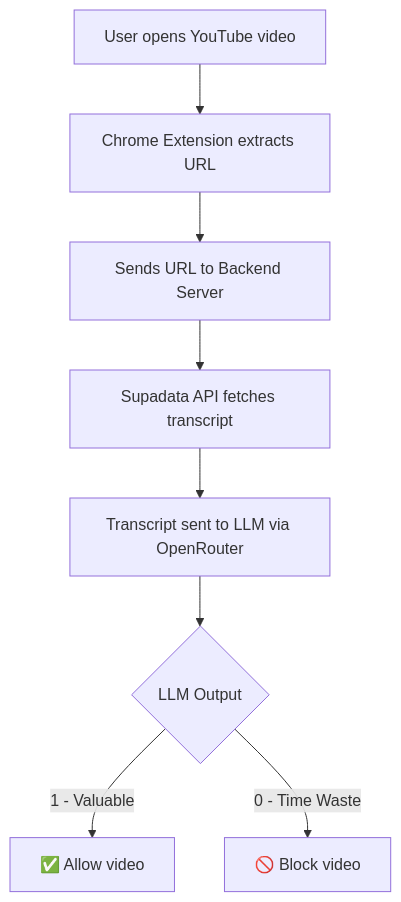
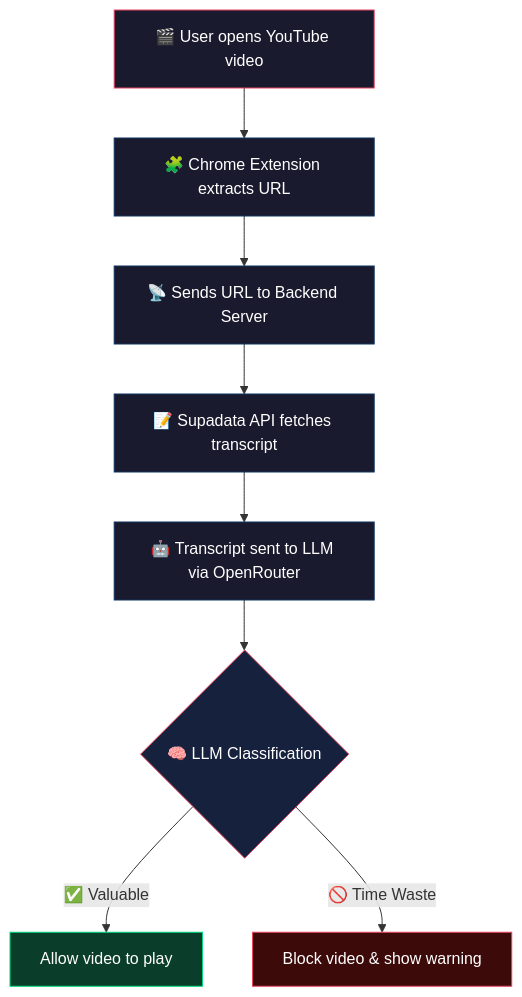
One commit to prshv1/AntiRot changed the diagram in README.md. Above: the diagram before and after it, drawn with Mermaid. The commit also changed other lines of this file, not shown here.

````diff
--- a/README.md
+++ b/README.md
@@ -35,10 +34,19 @@
 ```mermaid
 flowchart TD
-    A[User opens YouTube video] --> B[Chrome Extension extracts URL]
-    B --> C[Sends URL to Backend Server]
-    C --> D[Supadata API fetches transcript]
-    D --> E[Transcript sent to LLM via OpenRouter]
-    E --> F{LLM Output}
-    F -->|1 - Valuable| G[✅ Allow video]
-    F -->|0 - Time Waste| H[🚫 Block video]
+    A["🎬 User opens YouTube video"] --> B["🧩 Chrome Extension extracts URL"]
+    B --> C["📡 Sends URL to Backend Server"]
+    C --> D["📝 Supadata API fetches transcript"]
+    D --> E["🤖 Transcript sent to LLM via OpenRouter"]
+    E --> F{"🧠 LLM Classification"}
+    F -->|"✅ Valuable"| G["Allow video to play"]
+    F -->|"🚫 Time Waste"| H["Block video & show warning"]
+
+    style A fill:#1a1a2e,stroke:#e94560,color:#fff
+    style B fill:#1a1a2e,stroke:#0f3460,color:#fff
+    style C fill:#1a1a2e,stroke:#0f3460,color:#fff
+    style D fill:#1a1a2e,stroke:#0f3460,color:#fff
+    style E fill:#1a1a2e,stroke:#0f3460,color:#fff
+    style F fill:#16213e,stroke:#e94560,color:#fff
+    style G fill:#0a3d2a,stroke:#00d97e,color:#fff
+    style H fill:#3d0a0a,stroke:#e94560,color:#fff
 ```
````
